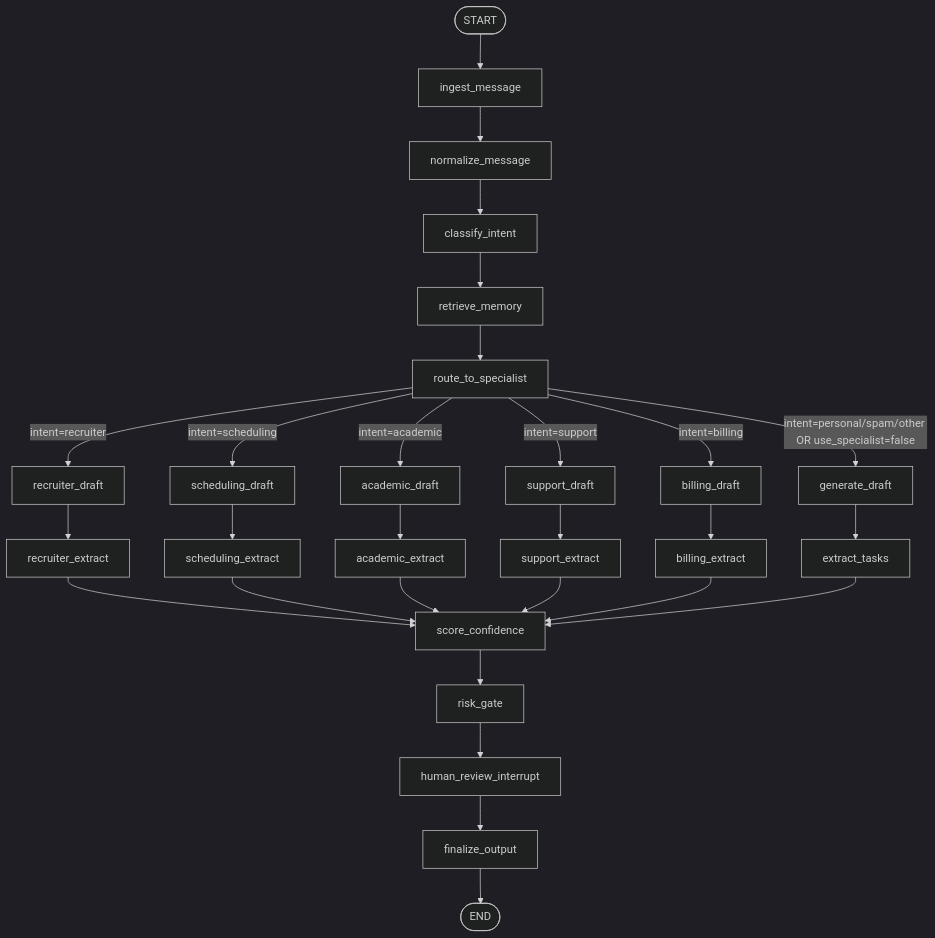
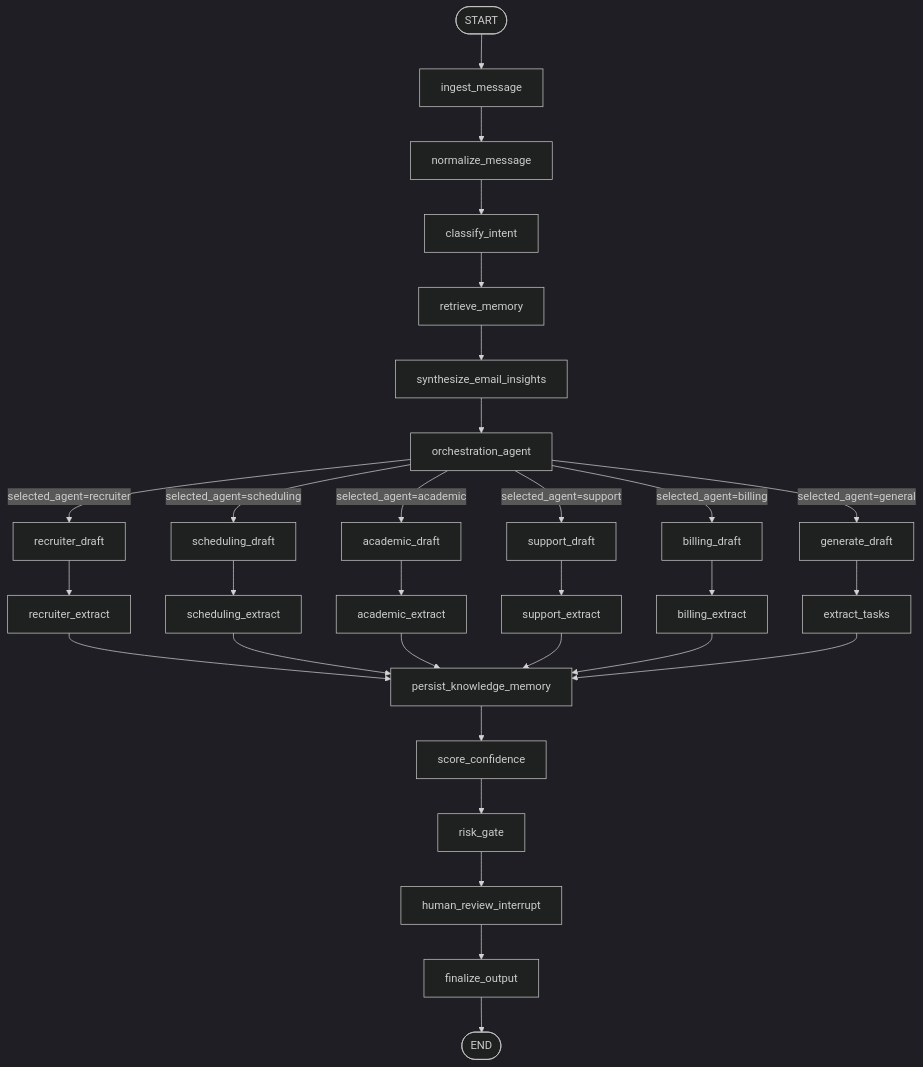
One commit to Samurai493/InboxPilotAI changed the first of 10 diagrams in backend/docs/STATE_GRAPHS.md. Above: the diagram before and after it, drawn with Mermaid (dark theme). The commit also changed other lines of this file and 30 other files, not shown here.

Commit message:
Added Knowledge Graphs, LLM token usage, persistent processed results

````diff
--- a/backend/docs/STATE_GRAPHS.md
+++ b/backend/docs/STATE_GRAPHS.md
@@ -12,38 +12,40 @@
 ```mermaid
 flowchart TD
     START([START]) --> ingest_message
     ingest_message --> normalize_message
     normalize_message --> classify_intent
     classify_intent --> retrieve_memory
-    retrieve_memory --> route_to_specialist
+    retrieve_memory --> synthesize_email_insights
+    synthesize_email_insights --> orchestration_agent
 
-    route_to_specialist -->|intent=recruiter| recruiter_draft
-    route_to_specialist -->|intent=scheduling| scheduling_draft
-    route_to_specialist -->|intent=academic| academic_draft
-    route_to_specialist -->|intent=support| support_draft
-    route_to_specialist -->|intent=billing| billing_draft
-    route_to_specialist -->|intent=personal/spam/other OR use_specialist=false| generate_draft
+    orchestration_agent -->|selected_agent=recruiter| recruiter_draft
+    orchestration_agent -->|selected_agent=scheduling| scheduling_draft
+    orchestration_agent -->|selected_agent=academic| academic_draft
+    orchestration_agent -->|selected_agent=support| support_draft
+    orchestration_agent -->|selected_agent=billing| billing_draft
+    orchestration_agent -->|selected_agent=general| generate_draft
 
     recruiter_draft --> recruiter_extract
-    recruiter_extract --> score_confidence
+    recruiter_extract --> persist_knowledge_memory
 
     scheduling_draft --> scheduling_extract
-    scheduling_extract --> score_confidence
+    scheduling_extract --> persist_knowledge_memory
 
     academic_draft --> academic_extract
-    academic_extract --> score_confidence
+    academic_extract --> persist_knowledge_memory
 
     support_draft --> support_extract
-    support_extract --> score_confidence
+    support_extract --> persist_knowledge_memory
 
     billing_draft --> billing_extract
-    billing_extract --> score_confidence
+    billing_extract --> persist_knowledge_memory
 
     generate_draft --> extract_tasks
-    extract_tasks --> score_confidence
+    extract_tasks --> persist_knowledge_memory
+    persist_knowledge_memory --> score_confidence
 
     score_confidence --> risk_gate
     risk_gate --> human_review_interrupt
     human_review_interrupt --> finalize_output
     finalize_output --> END([END])
 ```
````
